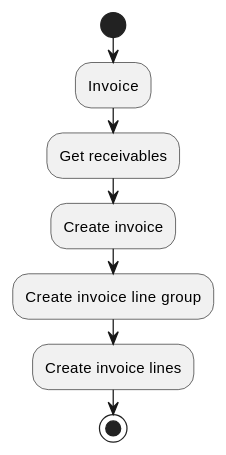
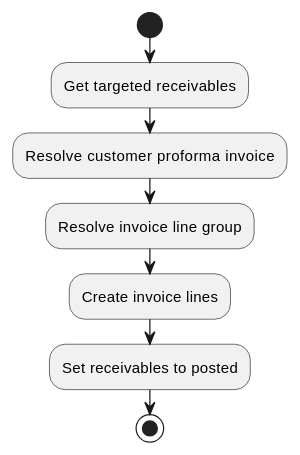
Before and after one commit to yesbabylon/symbiose: the first of 3 diagrams in DOC/developer-manual/sale/actions/receivable.md, drawn with PlantUML. The commit also changed other lines of this file and 9 other files, not shown here.

````diff
--- a/DOC/developer-manual/sale/actions/receivable.md
+++ b/DOC/developer-manual/sale/actions/receivable.md
@@ -18,19 +22,19 @@
 ```puml
 @startuml
 
 start
 
-:Invoice;
+:Get targeted receivables;
 
-:Get receivables;
+:Resolve customer proforma invoice;
 
-:Create invoice;
-
-:Create invoice line group;
+:Resolve invoice line group;
 
 :Create invoice lines;
+
+:Set receivables to posted;
 
 stop
 
 @enduml
 ```
````
